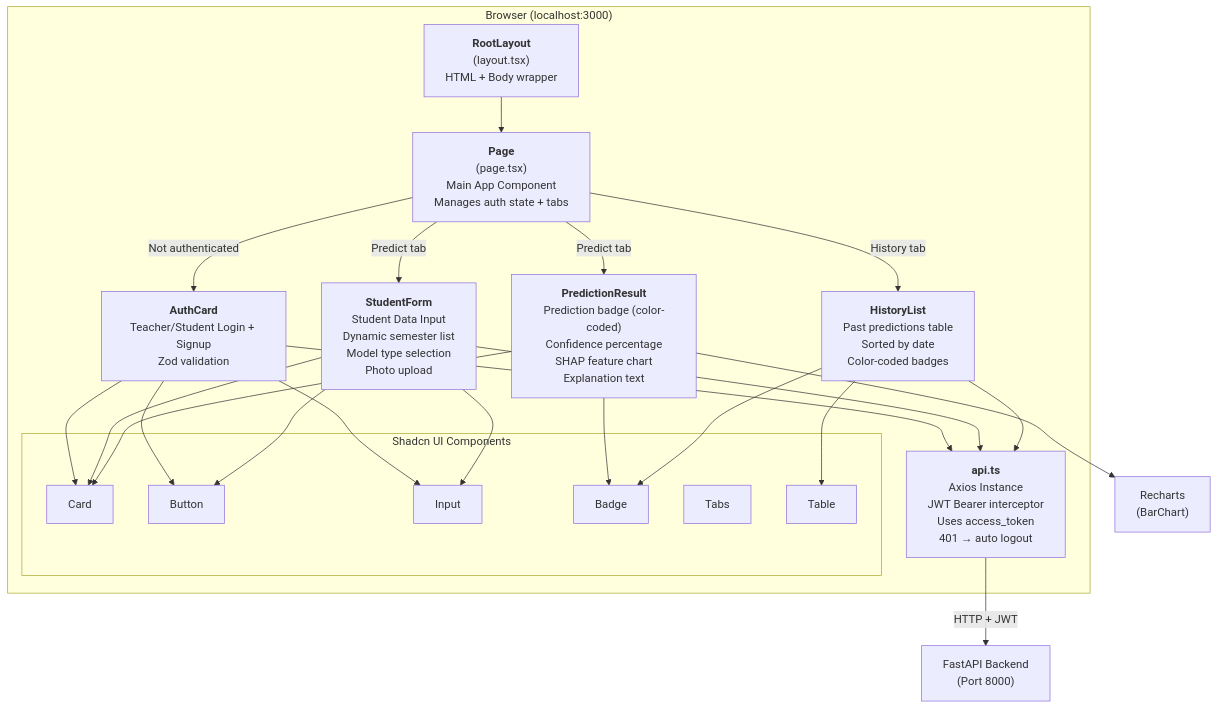
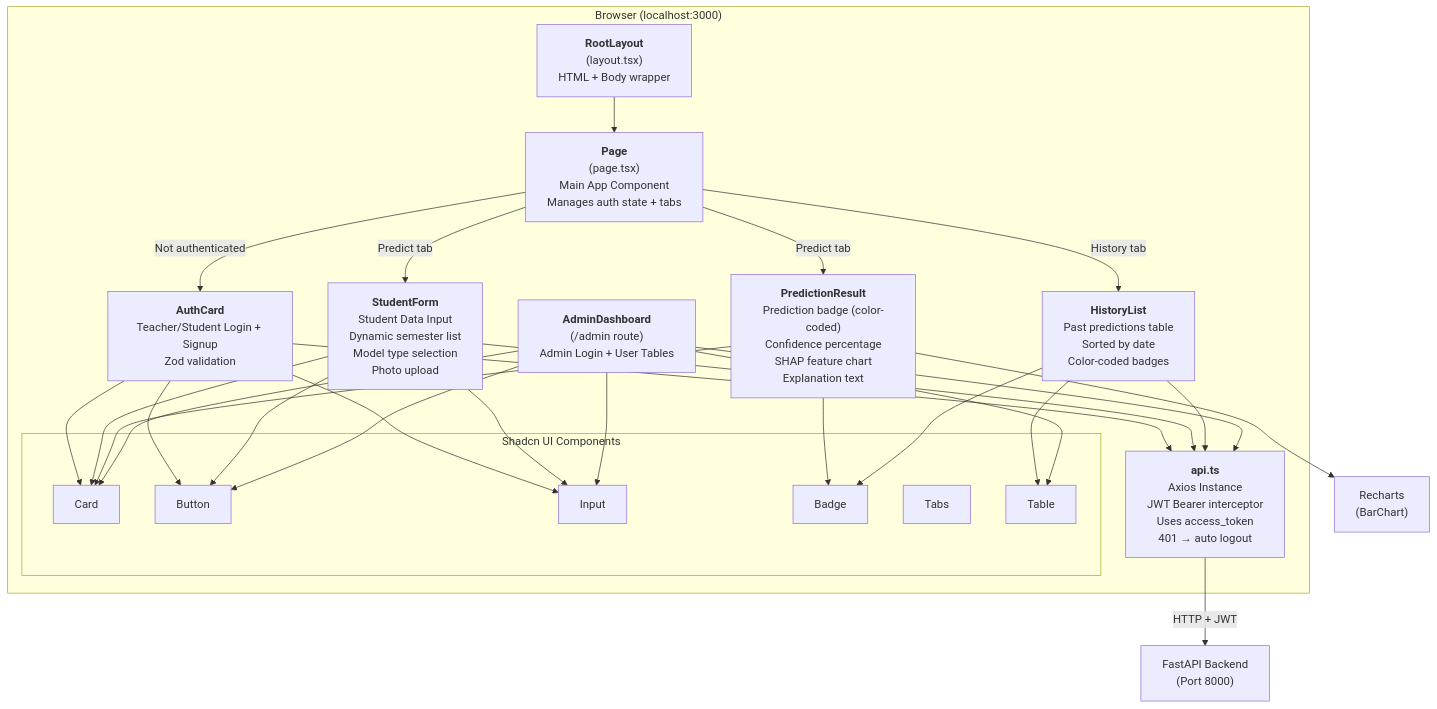
Before and after one commit to vrroshni/student-analyser: the second of 2 diagrams in diagram/10_class_component_diagram.md, drawn with Mermaid. The commit also changed other lines of this file and 29 other files, not shown here.

````diff
--- a/diagram/10_class_component_diagram.md
+++ b/diagram/10_class_component_diagram.md
@@ -160,50 +170,58 @@
 ```mermaid
 flowchart TD
     subgraph Browser["Browser (localhost:3000)"]
         Layout["<b>RootLayout</b>\n(layout.tsx)\nHTML + Body wrapper"]
         Page["<b>Page</b>\n(page.tsx)\nMain App Component\nManages auth state + tabs"]
 
         Auth["<b>AuthCard</b>\nTeacher/Student Login + Signup\nZod validation"]
         Form["<b>StudentForm</b>\nStudent Data Input\nDynamic semester list\nModel type selection\nPhoto upload"]
         Result["<b>PredictionResult</b>\nPrediction badge (color-coded)\nConfidence percentage\nSHAP feature chart\nExplanation text"]
         History["<b>HistoryList</b>\nPast predictions table\nSorted by date\nColor-coded badges"]
+
+        AdminPage["<b>AdminDashboard</b>\n(/admin route)\nAdmin Login + User Tables"]
 
         API["<b>api.ts</b>\nAxios Instance\nJWT Bearer interceptor\nUses access_token\n401 → auto logout"]
 
         subgraph UIComponents["Shadcn UI Components"]
             Card["Card"]
             Button["Button"]
             Input["Input"]
             Badge["Badge"]
             Tabs["Tabs"]
             Table["Table"]
         end
     end
 
     Layout --> Page
     Page -->|"Not authenticated"| Auth
     Page -->|"Predict tab"| Form
     Page -->|"Predict tab"| Result
     Page -->|"History tab"| History
 
     Auth --> API
     Form --> API
     History --> API
 
     Auth --> Card
     Auth --> Input
     Auth --> Button
 
     Form --> Card
     Form --> Input
     Form --> Button
 
     Result --> Card
     Result --> Badge
     Result --> Charts["Recharts\n(BarChart)"]
 
     History --> Table
     History --> Badge
 
+    AdminPage --> API
+    AdminPage --> Card
+    AdminPage --> Table
+    AdminPage --> Input
+    AdminPage --> Button
+
     API -->|"HTTP + JWT"| Backend["FastAPI Backend\n(Port 8000)"]
 ```
````
